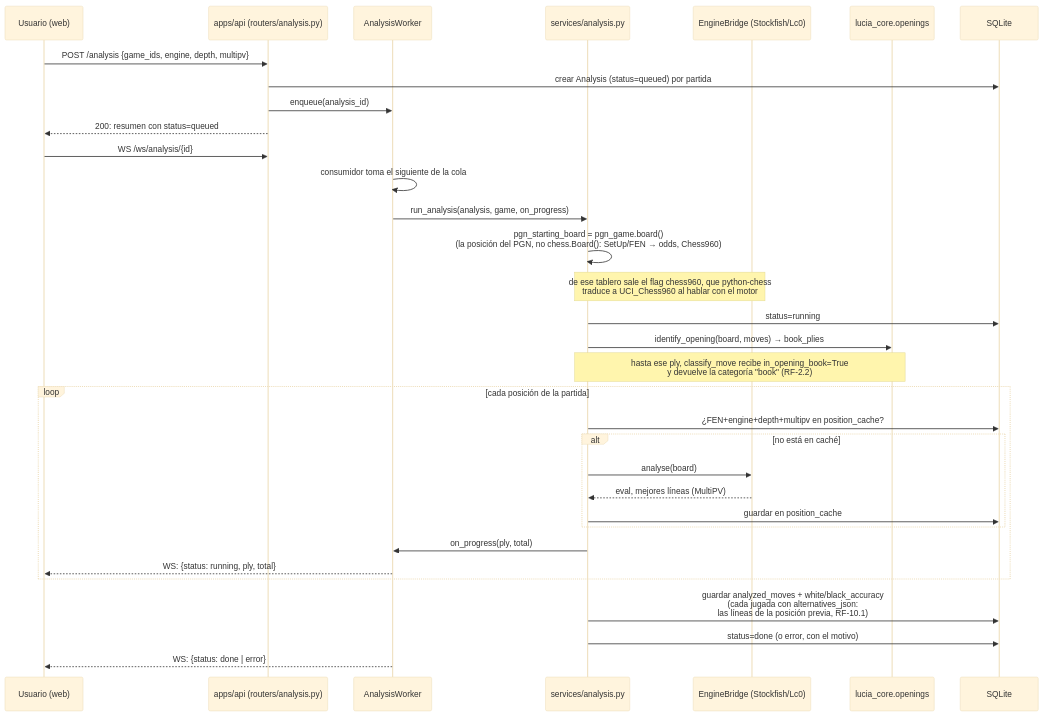
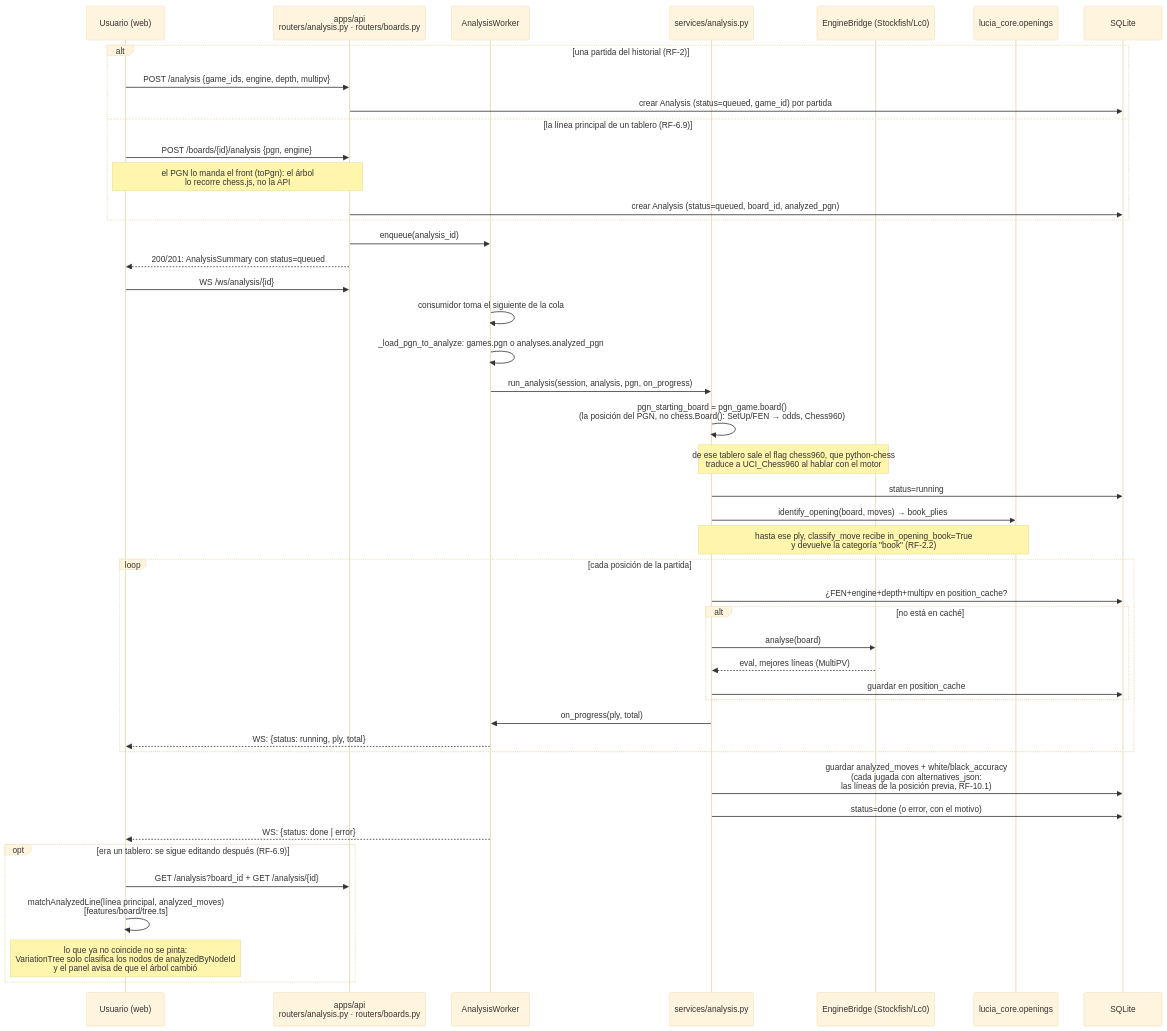
One commit to SirJsus/LUCIA changed the sixth of 14 diagrams in docs/06-mapa-del-proyecto.md. Above: the diagram before and after it, drawn with Mermaid (base theme). The commit also changed other lines of this file and 63 other files, not shown here.

````diff
--- a/docs/06-mapa-del-proyecto.md
+++ b/docs/06-mapa-del-proyecto.md
@@ -367,37 +445,50 @@
 ```mermaid
 sequenceDiagram
     participant U as Usuario (web)
-    participant A as apps/api (routers/analysis.py)
+    participant A as apps/api<br/>routers/analysis.py · routers/boards.py
     participant WK as AnalysisWorker
     participant S as services/analysis.py
     participant E as EngineBridge (Stockfish/Lc0)
     participant O as lucia_core.openings
     participant DB as SQLite
 
-    U->>A: POST /analysis {game_ids, engine, depth, multipv}
-    A->>DB: crear Analysis (status=queued) por partida
+    alt una partida del historial (RF-2)
+        U->>A: POST /analysis {game_ids, engine, depth, multipv}
+        A->>DB: crear Analysis (status=queued, game_id) por partida
+    else la línea principal de un tablero (RF-6.9)
+        U->>A: POST /boards/{id}/analysis {pgn, engine}
+        Note over U,A: el PGN lo manda el front (toPgn): el árbol<br/>lo recorre chess.js, no la API
+        A->>DB: crear Analysis (status=queued, board_id, analyzed_pgn)
+    end
     A->>WK: enqueue(analysis_id)
-    A-->>U: 200: resumen con status=queued
+    A-->>U: 200/201: AnalysisSummary con status=queued
 
     U->>A: WS /ws/analysis/{id}
     WK->>WK: consumidor toma el siguiente de la cola
-    WK->>S: run_analysis(analysis, game, on_progress)
+    WK->>WK: _load_pgn_to_analyze: games.pgn o analyses.analyzed_pgn
+    WK->>S: run_analysis(session, analysis, pgn, on_progress)
     S->>S: pgn_starting_board = pgn_game.board()<br/>(la posición del PGN, no chess.Board(): SetUp/FEN → odds, Chess960)
     Note over S,E: de ese tablero sale el flag chess960, que python-chess<br/>traduce a UCI_Chess960 al hablar con el motor
     S->>DB: status=running
     S->>O: identify_opening(board, moves) → book_plies
     Note over S,O: hasta ese ply, classify_move recibe in_opening_book=True<br/>y devuelve la categoría "book" (RF-2.2)
     loop cada posición de la partida
         S->>DB: ¿FEN+engine+depth+multipv en position_cache?
         alt no está en caché
             S->>E: analyse(board)
             E-->>S: eval, mejores líneas (MultiPV)
             S->>DB: guardar en position_cache
         end
         S->>WK: on_progress(ply, total)
         WK-->>U: WS: {status: running, ply, total}
     end
     S->>DB: guardar analyzed_moves + white/black_accuracy<br/>(cada jugada con alternatives_json:<br/>las líneas de la posición previa, RF-10.1)
     S->>DB: status=done (o error, con el motivo)
     WK-->>U: WS: {status: done | error}
+
+    opt era un tablero: se sigue editando después (RF-6.9)
+        U->>A: GET /analysis?board_id + GET /analysis/{id}
+        U->>U: matchAnalyzedLine(línea principal, analyzed_moves)<br/>[features/board/tree.ts]
+        Note over U: lo que ya no coincide no se pinta:<br/>VariationTree solo clasifica los nodos de analyzedByNodeId<br/>y el panel avisa de que el árbol cambió
+    end
 ```
````
